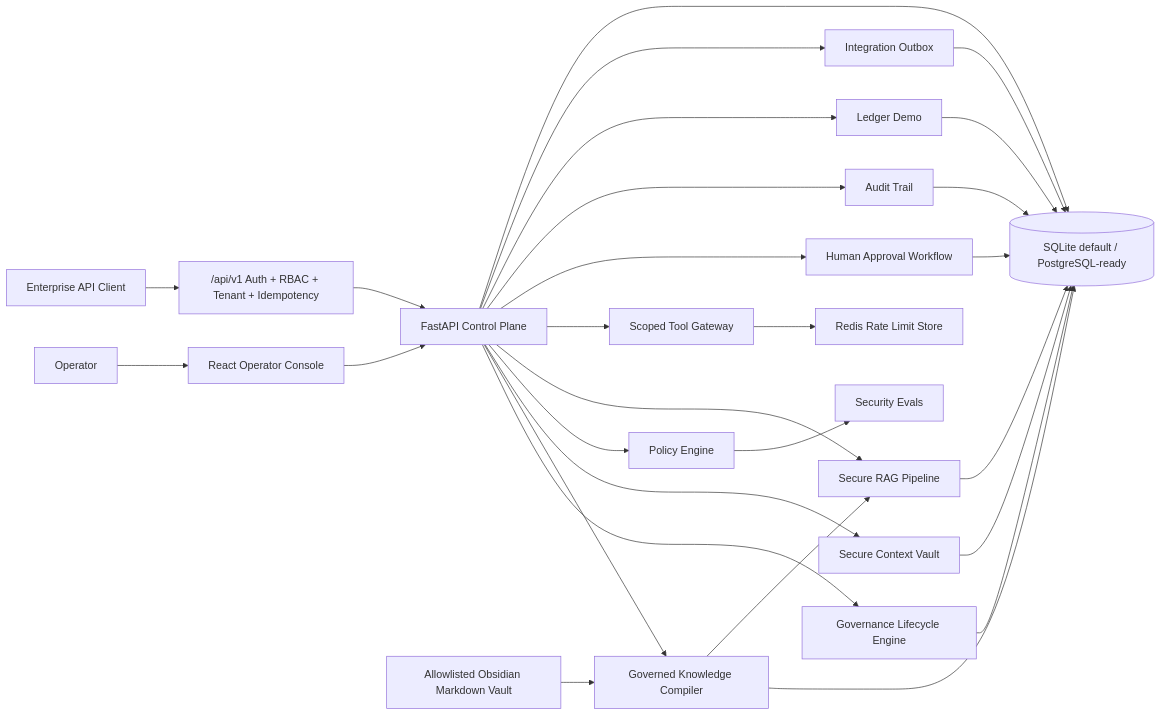
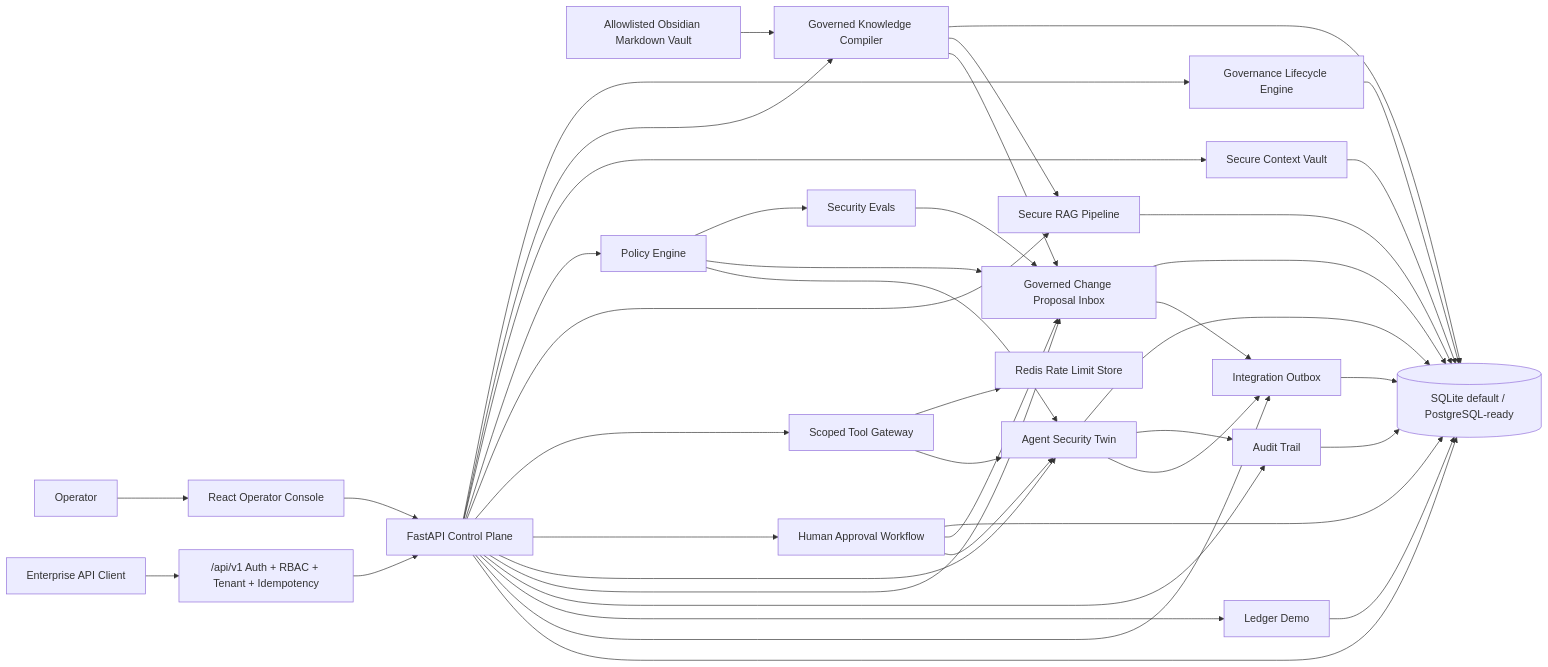
Before and after one commit to danieloza/regulated-ai-agent-platform: the diagram in README.md, drawn with Mermaid. The commit also changed other lines of this file and 19 other files, not shown here.

Commit message:
Add governed change intelligence and security twin

````diff
--- a/README.md
+++ b/README.md
@@ -229,30 +245,44 @@
 ```mermaid
 flowchart LR
   Operator["Operator"] --> UI["React Operator Console"]
   Client["Enterprise API Client"] --> Gateway["/api/v1 Auth + RBAC + Tenant + Idempotency"]
   UI --> API["FastAPI Control Plane"]
   Gateway --> API
   API --> Lifecycles["Governance Lifecycle Engine"]
   API --> Knowledge["Governed Knowledge Compiler"]
   Obsidian["Allowlisted Obsidian Markdown Vault"] --> Knowledge
   API --> Context["Secure Context Vault"]
   API --> Policy["Policy Engine"]
   API --> RAG["Secure RAG Pipeline"]
   API --> Tools["Scoped Tool Gateway"]
   API --> Approvals["Human Approval Workflow"]
+  API --> Twin["Agent Security Twin"]
+  API --> Proposals["Governed Change Proposal Inbox"]
   API --> Audit["Audit Trail"]
   API --> Ledger["Ledger Demo"]
   API --> Outbox["Integration Outbox"]
   Tools --> Redis["Redis Rate Limit Store"]
   API --> DB[("SQLite default / PostgreSQL-ready")]
   RAG --> DB
   Audit --> DB
   Approvals --> DB
   Ledger --> DB
   Lifecycles --> DB
   Knowledge --> DB
   Context --> DB
+  Proposals --> DB
+  Twin --> DB
   Knowledge --> RAG
   Outbox --> DB
   Policy --> Evals["Security Evals"]
+  Policy --> Proposals
+  Knowledge --> Proposals
+  Approvals --> Proposals
+  Evals --> Proposals
+  Proposals --> Outbox
+  Policy --> Twin
+  Tools --> Twin
+  Approvals --> Twin
+  Twin --> Audit
+  Twin --> Outbox
 ```
````
